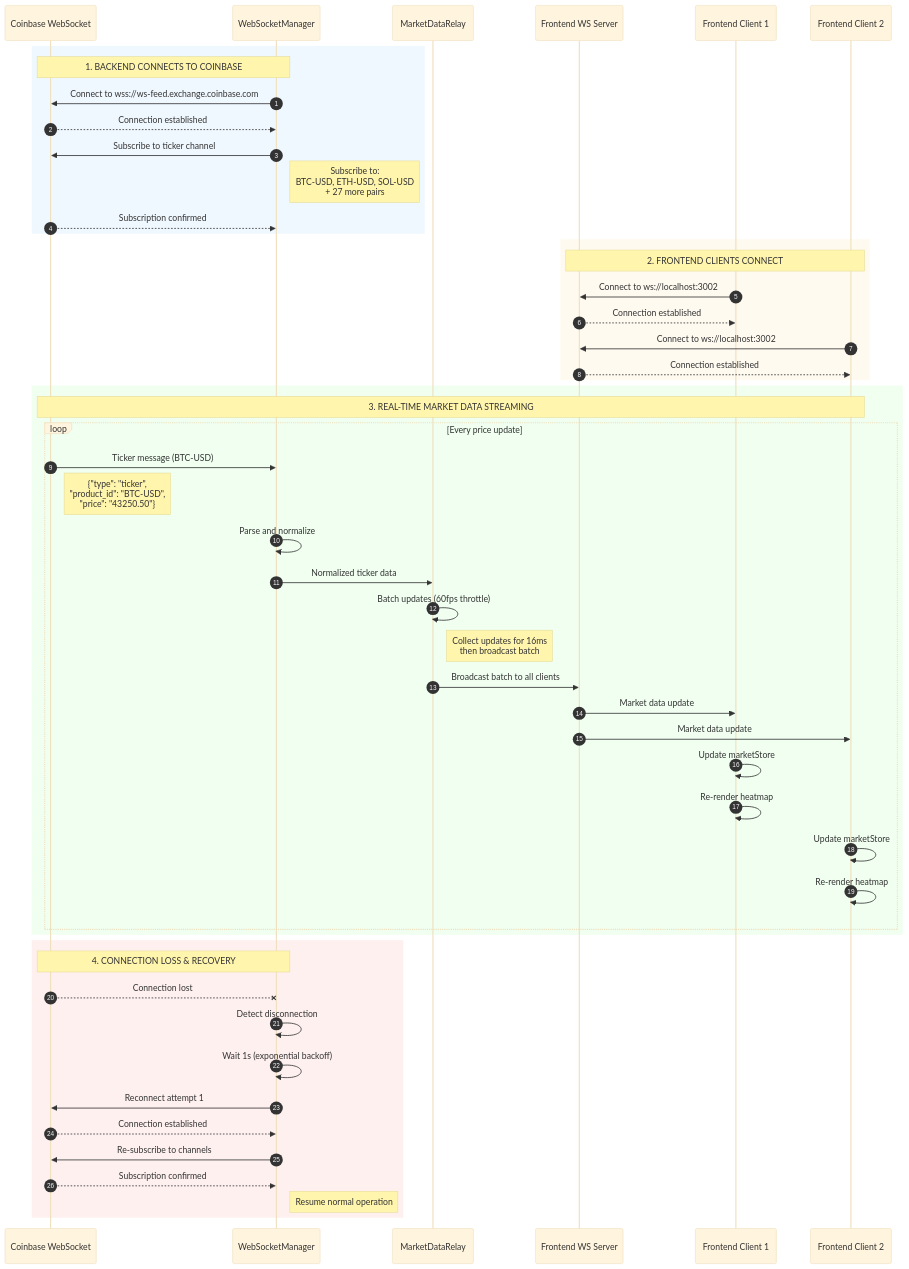
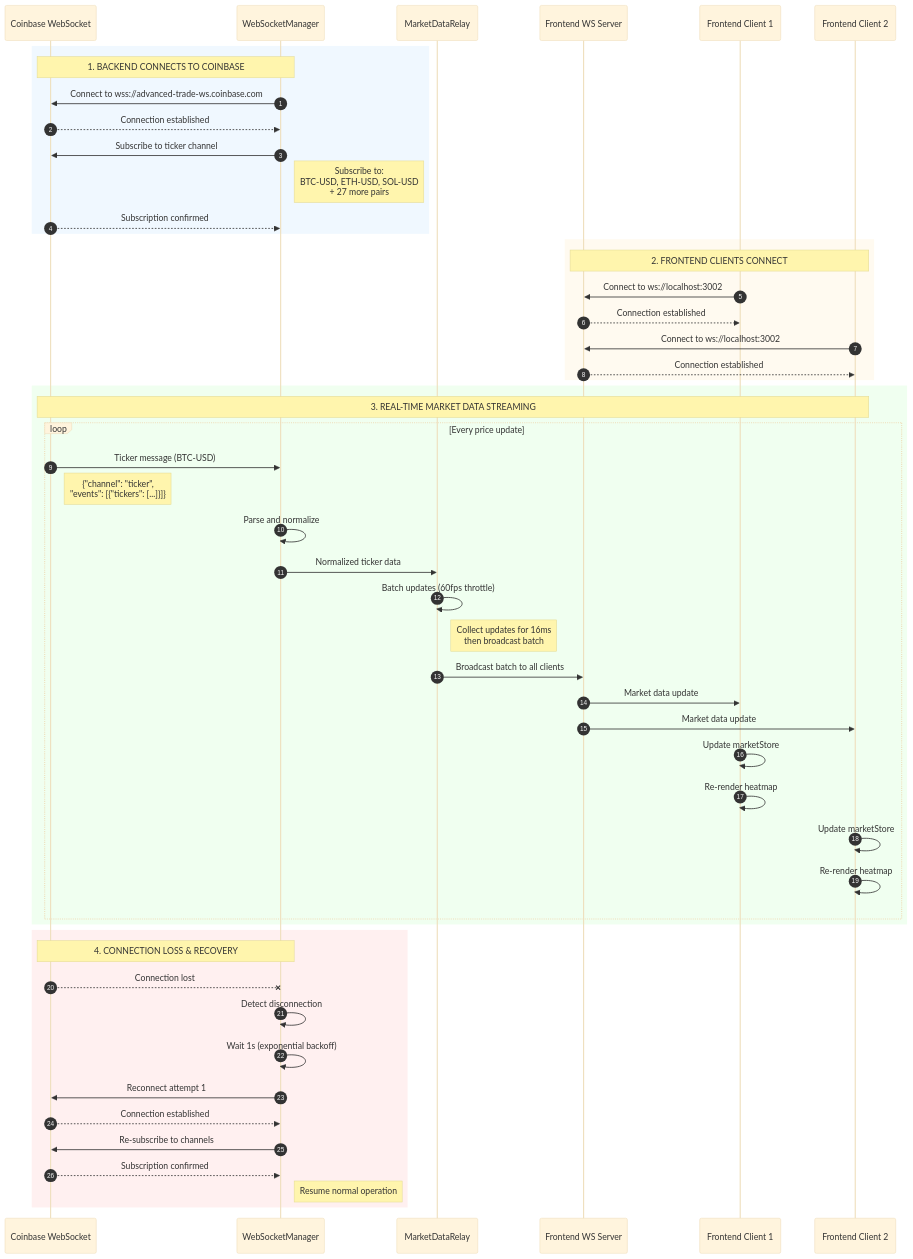
The second of 2 diagrams in backend/src/services/CoinbaseIntegration.md (raviosovrann/Spectra), drawn with Mermaid (base theme) before and after one commit. The commit also changed other lines of this file and 14 other files, not shown here.

````diff
--- a/backend/src/services/CoinbaseIntegration.md
+++ b/backend/src/services/CoinbaseIntegration.md
@@ -96,66 +112,66 @@
 ```mermaid
 sequenceDiagram
     autonumber
     participant Coinbase as Coinbase WebSocket
     participant WSManager as WebSocketManager
     participant Relay as MarketDataRelay
     participant FrontendWS as Frontend WS Server
     participant Client1 as Frontend Client 1
     participant Client2 as Frontend Client 2
 
     %% Initial connection
     rect rgb(240, 248, 255)
     Note over Coinbase, WSManager: 1. BACKEND CONNECTS TO COINBASE
-    WSManager->>Coinbase: Connect to wss://ws-feed.exchange.coinbase.com
+    WSManager->>Coinbase: Connect to wss://advanced-trade-ws.coinbase.com
     Coinbase-->>WSManager: Connection established
     WSManager->>Coinbase: Subscribe to ticker channel
     Note right of WSManager: Subscribe to:<br/>BTC-USD, ETH-USD, SOL-USD<br/>+ 27 more pairs
     Coinbase-->>WSManager: Subscription confirmed
     end
 
     %% Frontend clients connect
     rect rgb(255, 250, 240)
     Note over FrontendWS, Client2: 2. FRONTEND CLIENTS CONNECT
     Client1->>FrontendWS: Connect to ws://localhost:3002
     FrontendWS-->>Client1: Connection established
     Client2->>FrontendWS: Connect to ws://localhost:3002
     FrontendWS-->>Client2: Connection established
     end
 
     %% Real-time data flow
     rect rgb(240, 255, 240)
     Note over Coinbase, Client2: 3. REAL-TIME MARKET DATA STREAMING
     loop Every price update
         Coinbase->>WSManager: Ticker message (BTC-USD)
-        Note right of Coinbase: {"type": "ticker",<br/>"product_id": "BTC-USD",<br/>"price": "43250.50"}
+        Note right of Coinbase: {"channel": "ticker",<br/>"events": [{"tickers": [...]}]}
         
         WSManager->>WSManager: Parse and normalize
         WSManager->>Relay: Normalized ticker data
         
         Relay->>Relay: Batch updates (60fps throttle)
         Note right of Relay: Collect updates for 16ms<br/>then broadcast batch
         
         Relay->>FrontendWS: Broadcast batch to all clients
         FrontendWS->>Client1: Market data update
         FrontendWS->>Client2: Market data update
         
         Client1->>Client1: Update marketStore
         Client1->>Client1: Re-render heatmap
         Client2->>Client2: Update marketStore
         Client2->>Client2: Re-render heatmap
     end
     end
 
     %% Reconnection handling
     rect rgb(255, 240, 240)
     Note over Coinbase, WSManager: 4. CONNECTION LOSS & RECOVERY
     Coinbase--xWSManager: Connection lost
     WSManager->>WSManager: Detect disconnection
     WSManager->>WSManager: Wait 1s (exponential backoff)
     WSManager->>Coinbase: Reconnect attempt 1
     Coinbase-->>WSManager: Connection established
     WSManager->>Coinbase: Re-subscribe to channels
     Coinbase-->>WSManager: Subscription confirmed
     Note right of WSManager: Resume normal operation
     end
 ```
````
